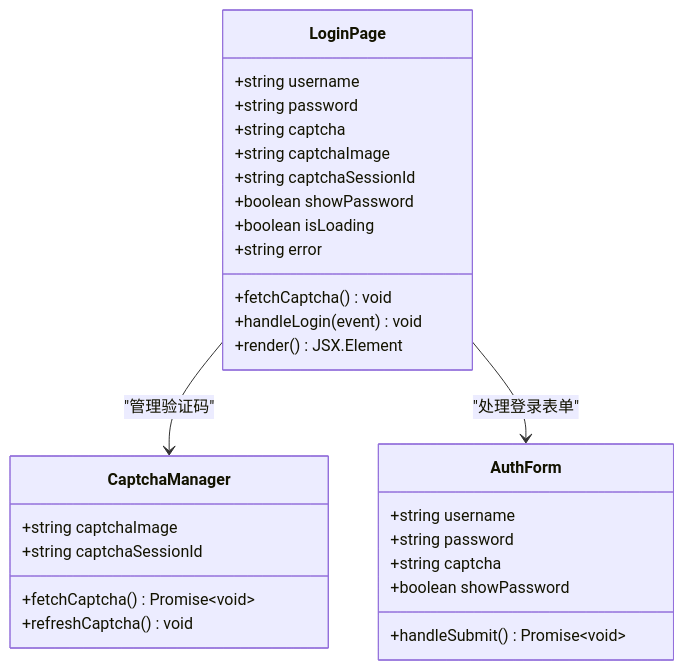
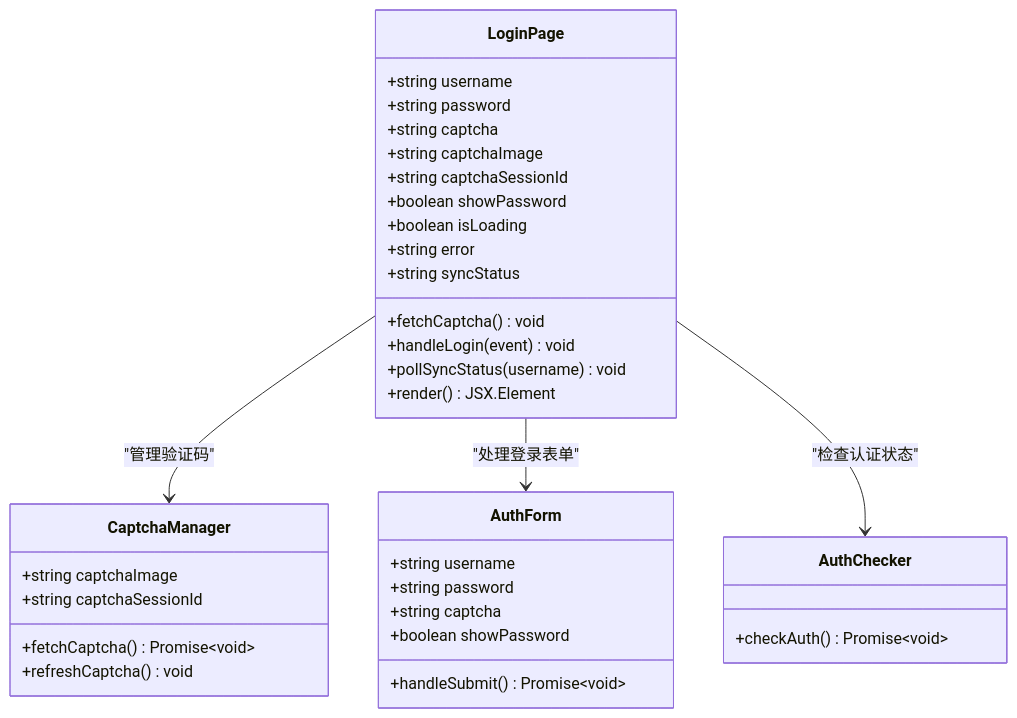
The seventh of 9 diagrams in .qoder/repowiki/zh/content/后端API文档/用户认证API.md (ghbbn053-ship-itsoulddog/soulddog), drawn with Mermaid before and after one commit. The commit also changed other lines of this file and 119 other files, not shown here.

````diff
--- a/.qoder/repowiki/zh/content/后端API文档/用户认证API.md
+++ b/.qoder/repowiki/zh/content/后端API文档/用户认证API.md
@@ -281,31 +466,37 @@
 ```mermaid
 classDiagram
 class LoginPage {
 +string username
 +string password
 +string captcha
 +string captchaImage
 +string captchaSessionId
 +boolean showPassword
 +boolean isLoading
 +string error
++string syncStatus
 +fetchCaptcha() void
 +handleLogin(event) void
++pollSyncStatus(username) void
 +render() JSX.Element
 }
 class CaptchaManager {
 +string captchaImage
 +string captchaSessionId
 +fetchCaptcha() Promise~void~
 +refreshCaptcha() void
 }
 class AuthForm {
 +string username
 +string password
 +string captcha
 +boolean showPassword
 +handleSubmit() Promise~void~
 }
+class AuthChecker {
++checkAuth() Promise~void~
+}
 LoginPage --> CaptchaManager : "管理验证码"
 LoginPage --> AuthForm : "处理登录表单"
+LoginPage --> AuthChecker : "检查认证状态"
 ```
````
